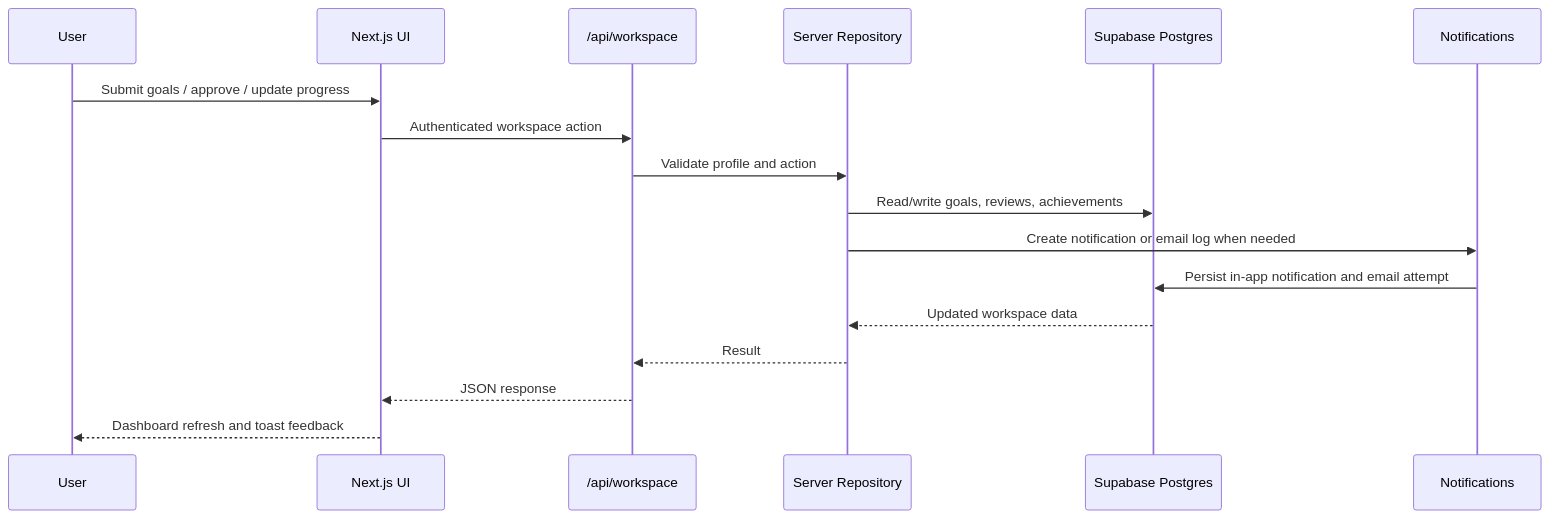
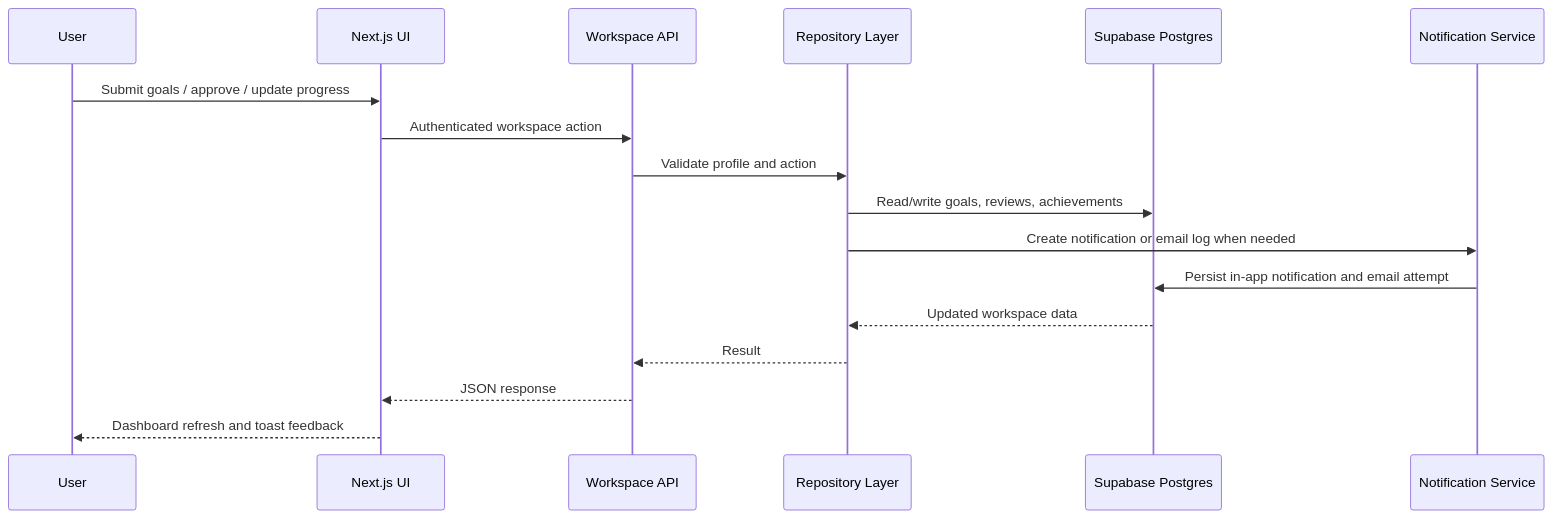
Before and after one commit to priyanshjain117/In-House-Goal-Setting-and-Tracking-Portal: the second of 3 diagrams in README.md, drawn with Mermaid. The commit also changed other lines of this file, not shown here.

Commit message:
readme file update with better arch and diagram

````diff
--- a/README.md
+++ b/README.md
@@ -156,20 +164,20 @@
 ```mermaid
 sequenceDiagram
   participant User
   participant UI as Next.js UI
-  participant API as /api/workspace
-  participant Repo as Server Repository
+  participant API as Workspace API
+  participant Repo as Repository Layer
   participant DB as Supabase Postgres
-  participant Notify as Notifications
+  participant Notify as Notification Service
 
   User->>UI: Submit goals / approve / update progress
   UI->>API: Authenticated workspace action
   API->>Repo: Validate profile and action
   Repo->>DB: Read/write goals, reviews, achievements
   Repo->>Notify: Create notification or email log when needed
   Notify->>DB: Persist in-app notification and email attempt
   DB-->>Repo: Updated workspace data
   Repo-->>API: Result
   API-->>UI: JSON response
   UI-->>User: Dashboard refresh and toast feedback
 ```
````
